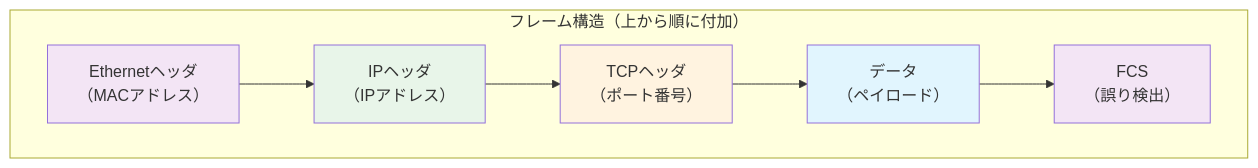
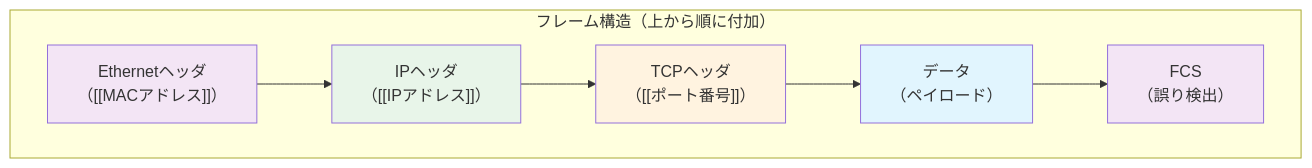
Before and after one commit to ikarigata/nespe_memo: the third of 4 diagrams in site/src/content/docs/knowledges/osi-tcpip-comparison.mdx, drawn with Mermaid. The commit also changed other lines of this file and 12 other files, not shown here.

````diff
--- a/site/src/content/docs/knowledges/osi-tcpip-comparison.mdx
+++ b/site/src/content/docs/knowledges/osi-tcpip-comparison.mdx
@@ -126,18 +126,18 @@
 ```mermaid
 graph TB
     subgraph frame["フレーム構造（上から順に付加）"]
-        EH["Ethernetヘッダ<br/>（MACアドレス）"]
-        IH["IPヘッダ<br/>（IPアドレス）"]
-        TH["TCPヘッダ<br/>（ポート番号）"]
+        EH["Ethernetヘッダ<br/>（[[MACアドレス]]）"]
+        IH["IPヘッダ<br/>（[[IPアドレス]]）"]
+        TH["TCPヘッダ<br/>（[[ポート番号]]）"]
         DATA["データ<br/>（ペイロード）"]
         FCS["FCS<br/>（誤り検出）"]
     end
 
     EH --> IH --> TH --> DATA --> FCS
 
     style EH fill:#f3e5f5
     style IH fill:#e8f5e9
     style TH fill:#fff3e0
     style DATA fill:#e1f5fe
     style FCS fill:#f3e5f5
 ```
````
